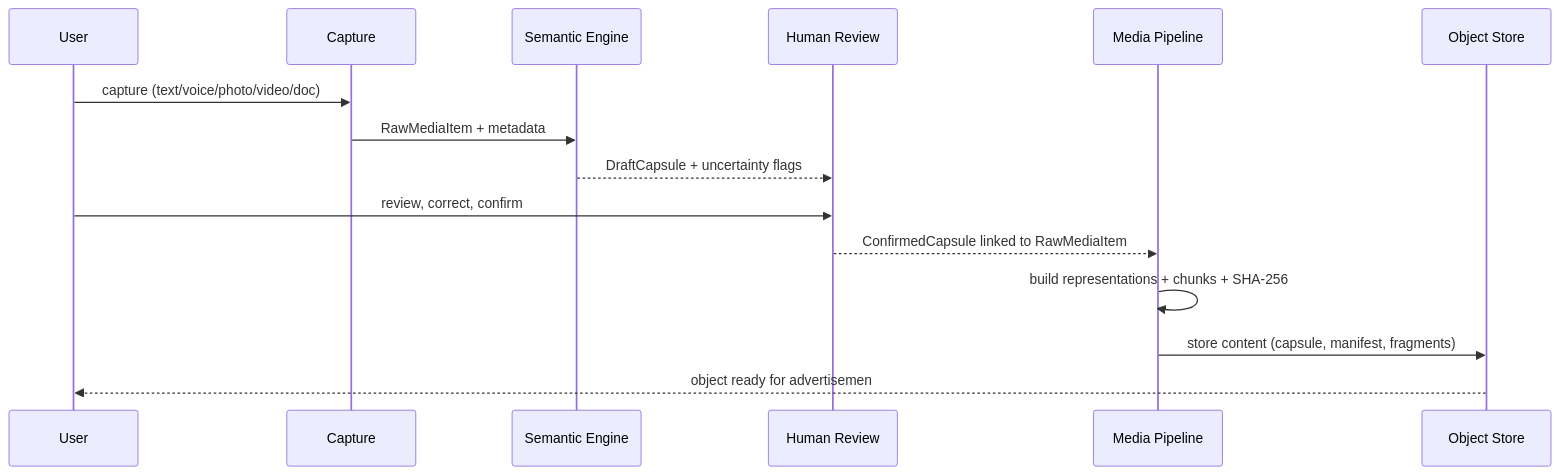
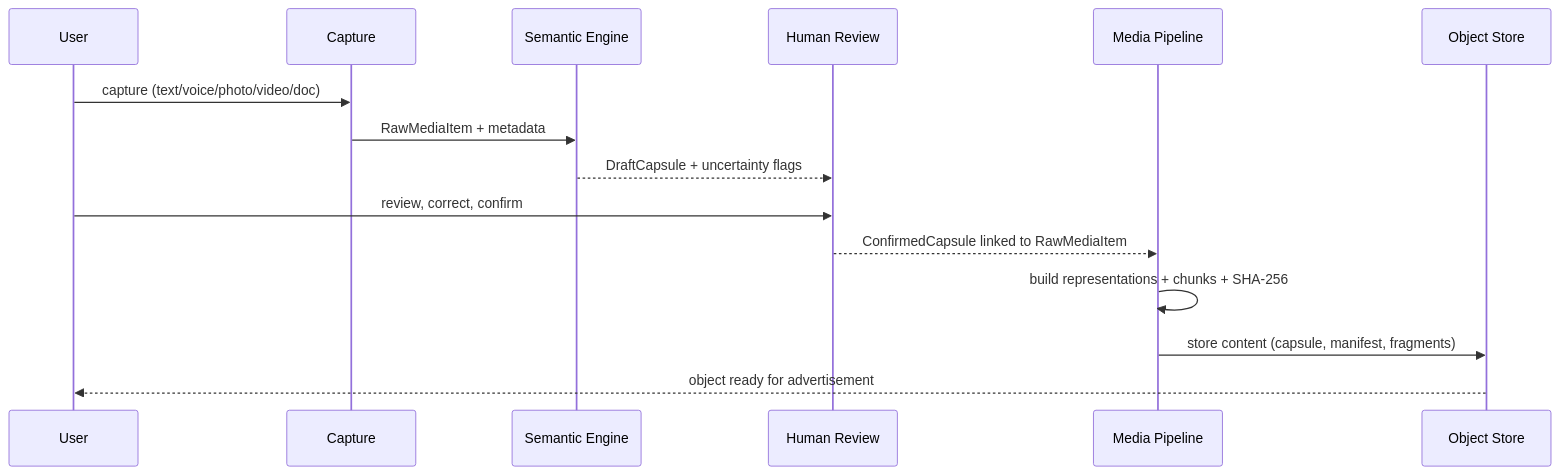
Before and after one commit to Rifat-Hossain49/July_hackathon: the third of 6 diagrams in SYSTEM_ARCHITECTURE.md, drawn with Mermaid. The commit also changed other lines of this file and 13 other files, not shown here.

````diff
--- a/SYSTEM_ARCHITECTURE.md
+++ b/SYSTEM_ARCHITECTURE.md
@@ -315,18 +315,18 @@
 ```mermaid
 sequenceDiagram
   participant U as User
   participant CI as Capture
   participant SE as Semantic Engine
   participant HR as Human Review
   participant MP as Media Pipeline
   participant CAS as Object Store
 
   U->>CI: capture (text/voice/photo/video/doc)
   CI->>SE: RawMediaItem + metadata
   SE-->>HR: DraftCapsule + uncertainty flags
   U->>HR: review, correct, confirm
   HR-->>MP: ConfirmedCapsule linked to RawMediaItem
   MP->>MP: build representations + chunks + SHA-256
   MP->>CAS: store content (capsule, manifest, fragments)
-  CAS-->>U: object ready for advertisemen
+  CAS-->>U: object ready for advertisement
 ```
````
